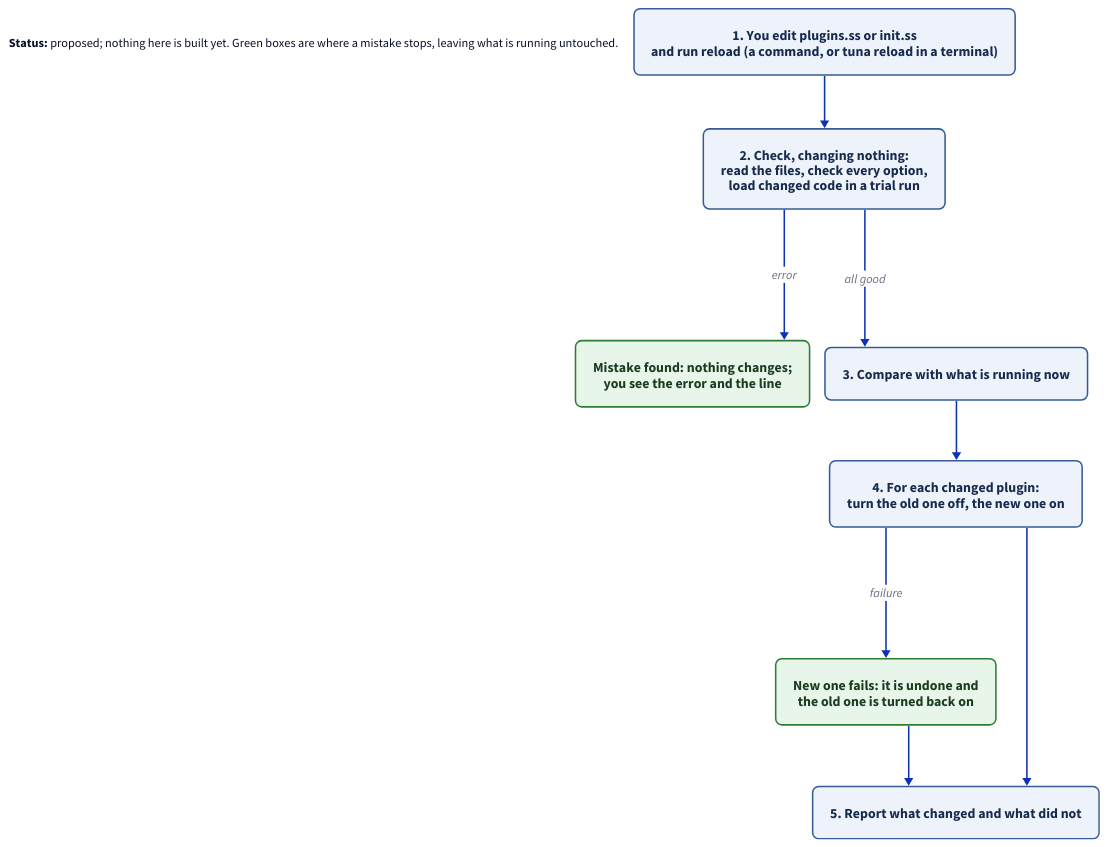
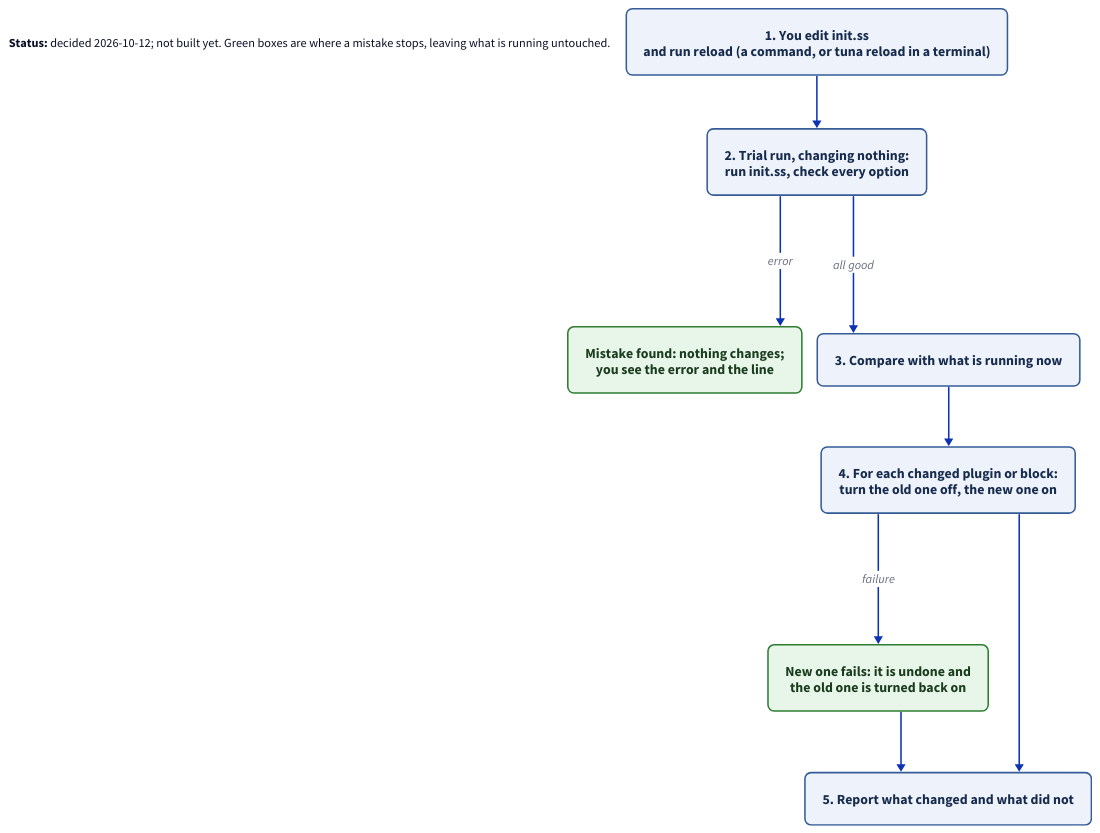
Before and after one commit to jaybonthius/tuna: the diagram in docs/diagrams/config-reload.d2, drawn with D2. The commit also changed 5 other files, not shown here.

```diff
--- a/docs/diagrams/config-reload.d2
+++ b/docs/diagrams/config-reload.d2
@@ -1,49 +1,49 @@
 # What happens when you reload your configuration?
 vars: {
   d2-config: {
     layout-engine: elk
     theme-id: 0
   }
 }
 direction: down
 
 classes: {
   step: {
     style: {
       fill: "#eef3fb"
       stroke: "#355c96"
       font-color: "#172b4d"
       border-radius: 8
       font-size: 18
     }
   }
   safe: {
     style: {
       fill: "#e8f5e9"
       stroke: "#2e7d32"
       font-color: "#1b3d1f"
       border-radius: 8
       font-size: 18
     }
   }
 }
 
 legend: |md
-  **Status:** proposed; nothing here is built yet. Green boxes are where a mistake stops, leaving what is running untouched.
+  **Status:** decided 2026-10-12; not built yet. Green boxes are where a mistake stops, leaving what is running untouched.
 |
 
-edit: "1. You edit plugins.ss or init.ss\nand run reload (a command, or tuna reload in a terminal)" {class: step}
-check: "2. Check, changing nothing:\nread the files, check every option,\nload changed code in a trial run" {class: step}
+edit: "1. You edit init.ss\nand run reload (a command, or tuna reload in a terminal)" {class: step}
+check: "2. Trial run, changing nothing:\nrun init.ss, check every option" {class: step}
 stop: "Mistake found: nothing changes;\nyou see the error and the line" {class: safe}
 compare: "3. Compare with what is running now" {class: step}
-apply: "4. For each changed plugin:\nturn the old one off, the new one on" {class: step}
+apply: "4. For each changed plugin or block:\nturn the old one off, the new one on" {class: step}
 keep: "New one fails: it is undone and\nthe old one is turned back on" {class: safe}
 report: "5. Report what changed and what did not" {class: step}
 
 edit -> check
 check -> stop: "error"
 check -> compare: "all good"
 compare -> apply
 apply -> keep: "failure"
 apply -> report
 keep -> report
```
